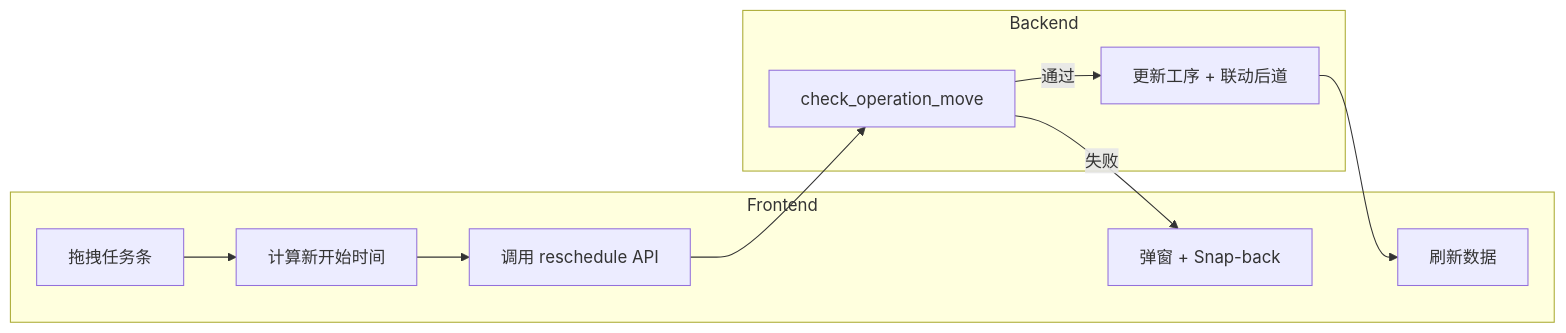
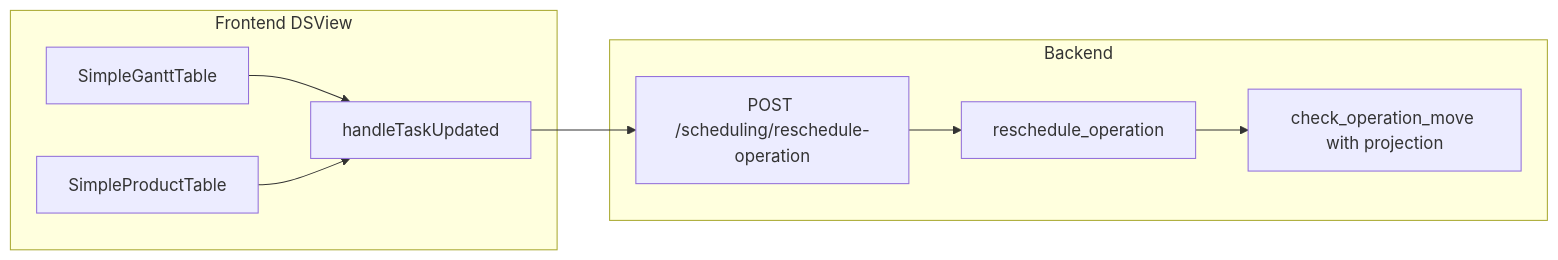
The diagram in 订单拖拽.md (weizhangscm/APS), drawn with Mermaid before and after one commit. The commit also changed other lines of this file and 34 other files, not shown here.

````diff
--- a/订单拖拽.md
+++ b/订单拖拽.md
@@ -83,20 +86,18 @@
 ```mermaid
 flowchart LR
-    subgraph Frontend
-        DragBar[拖拽任务条]
-        CalcPos[计算新开始时间]
-        CallAPI[调用 reschedule API]
-        Success[刷新数据]
-        Fail[弹窗 + Snap-back]
-    end
-    subgraph Backend
-        Validate[check_operation_move]
-        UpdateDB[更新工序 + 联动后道]
-    end
-    DragBar --> CalcPos
-    CalcPos --> CallAPI
-    CallAPI --> Validate
-    Validate -->|通过| UpdateDB
-    UpdateDB --> Success
-    Validate -->|失败| Fail
+  subgraph frontend [Frontend DSView]
+    Gantt[SimpleGanttTable]
+    Prod[SimpleProductTable]
+    Handler[handleTaskUpdated]
+  end
+  subgraph backend [Backend]
+    API["POST /scheduling/reschedule-operation"]
+    Engine[reschedule_operation]
+    Val[check_operation_move with projection]
+  end
+  Gantt --> Handler
+  Prod --> Handler
+  Handler --> API
+  API --> Engine
+  Engine --> Val
 ```
````
